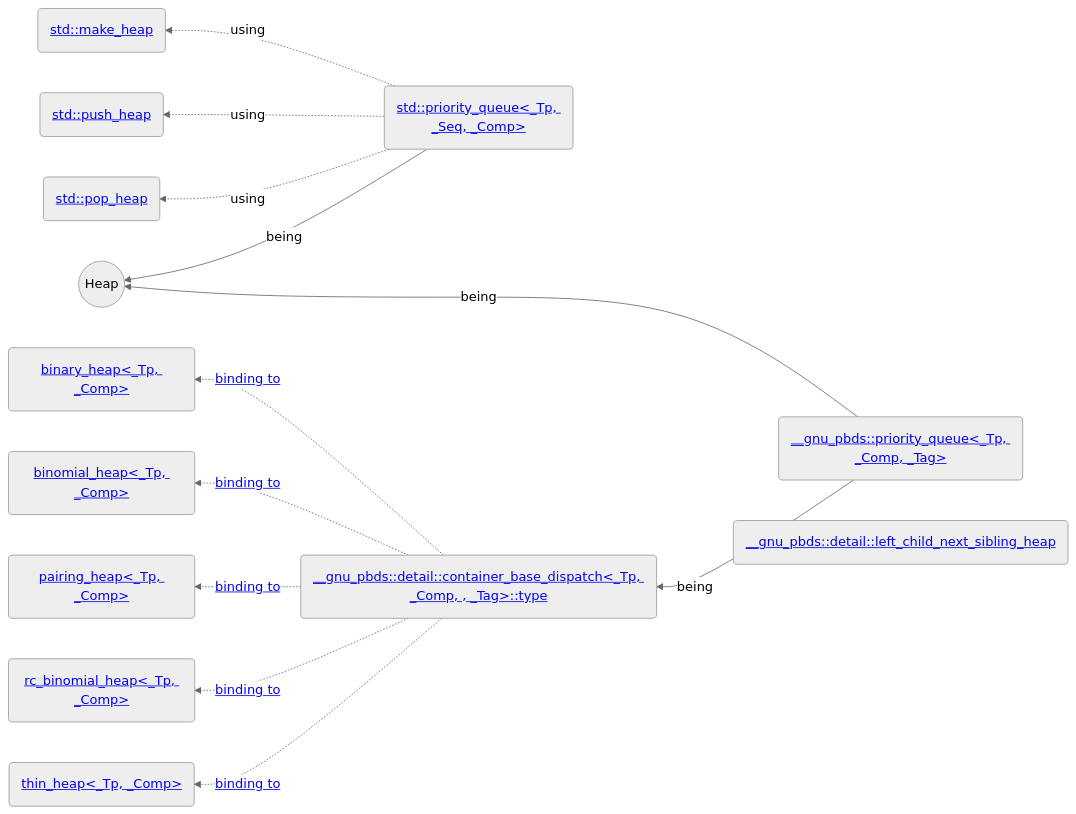
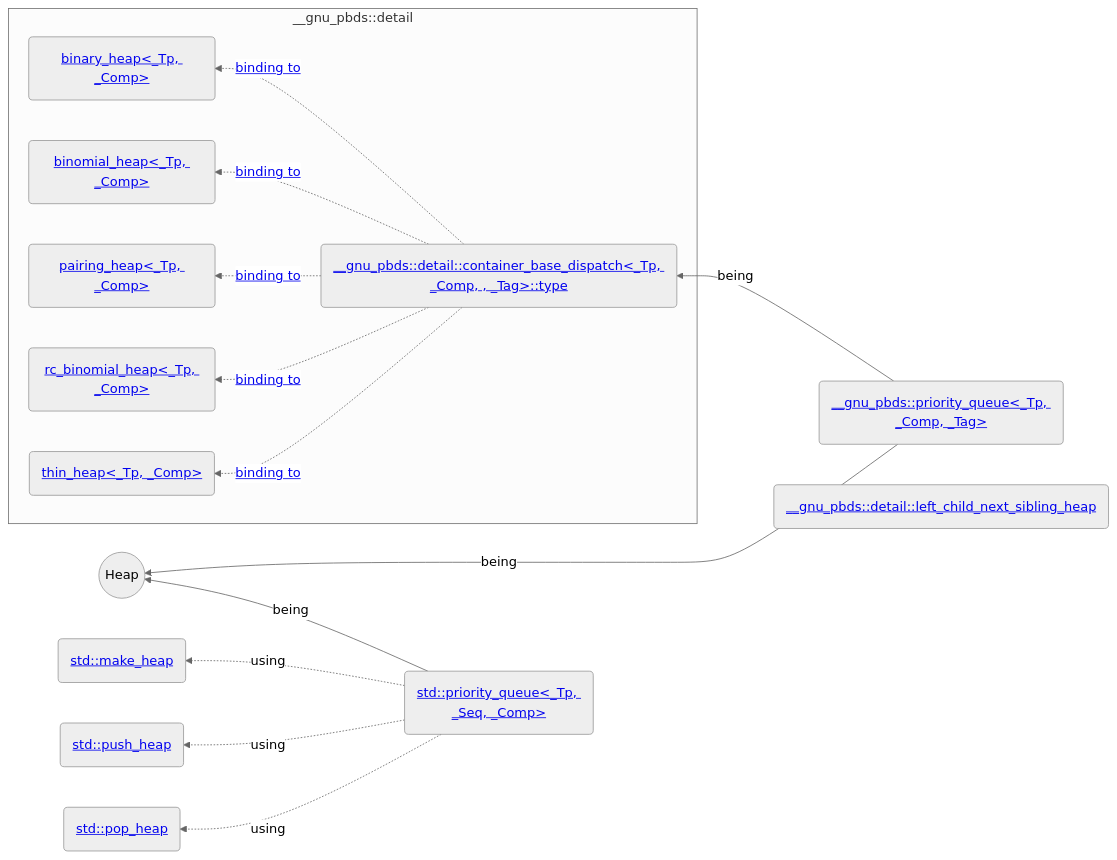
One commit to AsherJingkongChen/ds-assign4 changed the diagram in doc/priority_queue.md. Above: the diagram before and after it, drawn with Mermaid (neutral theme).

Commit message:
Asher Chen commited at 2022-12-28_17-20-33

````diff
--- a/doc/priority_queue.md
+++ b/doc/priority_queue.md
@@ -3,32 +3,34 @@
 ```mermaid
 graph RL;
 heap((Heap));
 spq(<a href=https://gcc.gnu.org/onlinedocs/gcc-12.2.0/libstdc++/api/a08762.html>std::priority_queue<_Tp, _Seq, _Comp></a>);
 make(<a href=https://gcc.gnu.org/onlinedocs/gcc-12.2.0/libstdc++/api/a01614.html#ga2a685c934e85086e5ac372026e8064f6>std::make_heap</a>);
 push(<a href=https://gcc.gnu.org/onlinedocs/gcc-12.2.0/libstdc++/api/a01614.html#gab628ce505c9574f8929a0fa49ed514b3>std::push_heap</a>);
 pop(<a href=https://gcc.gnu.org/onlinedocs/gcc-12.2.0/libstdc++/api/a01614.html#ga0a57ba46981d46e0f3ebd4703d0ad18b>std::pop_heap);
 
 binhp(<a href=https://gcc.gnu.org/onlinedocs/gcc-12.2.0/libstdc++/api/a13278.html>binary_heap<_Tp, _Comp></a>);
 bimhp(<a href=https://gcc.gnu.org/onlinedocs/gcc-12.2.0/libstdc++/api/a13326.html>binomial_heap<_Tp, _Comp></a>);
 pahp(<a href=https://gcc.gnu.org/onlinedocs/gcc-12.2.0/libstdc++/api/a13550.html>pairing_heap<_Tp, _Comp></a>);
 rbimhp(<a href=https://gcc.gnu.org/onlinedocs/gcc-12.2.0/libstdc++/api/a13654.html>rc_binomial_heap<_Tp, _Comp></a>);
 thinhp(<a href=https://gcc.gnu.org/onlinedocs/gcc-12.2.0/libstdc++/api/a13702.html>thin_heap<_Tp, _Comp></a>);
 
 gpq(<a href=https://gcc.gnu.org/onlinedocs/gcc-12.2.0/libstdc++/api/a12902.html>__gnu_pbds::priority_queue<_Tp, _Comp, _Tag></a>);
 gcbdtp(<a href=https://gcc.gnu.org/onlinedocs/gcc-12.2.0/libstdc++/api/a13070.html>__gnu_pbds::detail::container_base_dispatch<_Tp, _Comp, , _Tag>::type</a>);
 lcnsh(<a href=https://gcc.gnu.org/onlinedocs/gcc-12.2.0/libstdc++/api/a13482.html>__gnu_pbds::detail::left_child_next_sibling_heap</a>);
 
 spq .->|using| make;
 spq .->|using| push;
 spq .->|using| pop;
 spq -->|being| heap;
 
 gpq --->|being| heap;
 gpq -->|being| gcbdtp;
 
-gcbdtp .->|<a href=https://gcc.gnu.org/onlinedocs/gcc-12.2.0/libstdc++/api/a13162.html#adbbd8131d9a4cdc53e280a34f161dd3c>binding to</a>| binhp
-gcbdtp .->|<a href=https://gcc.gnu.org/onlinedocs/gcc-12.2.0/libstdc++/api/a13154.html#ab4cecfd9b1ed21229fe049cabebe321c>binding to</a>| bimhp
-gcbdtp .->|<a href=https://gcc.gnu.org/onlinedocs/gcc-12.2.0/libstdc++/api/a13150.html#adecf3a56bd35a5ca376d0492e7123a7b>binding to</a>| pahp
-gcbdtp .->|<a href=https://gcc.gnu.org/onlinedocs/gcc-12.2.0/libstdc++/api/a13158.html#a7d1df51ac2b0c2e893e450bf7fe9e379>binding to</a>| rbimhp
-gcbdtp .->|<a href=https://gcc.gnu.org/onlinedocs/gcc-12.2.0/libstdc++/api/a13166.html#a9810405868a4fa2e115def4f7da71b66>binding to</a>| thinhp
+subgraph __gnu_pbds::detail
+  gcbdtp .->|<a href=https://gcc.gnu.org/onlinedocs/gcc-12.2.0/libstdc++/api/a13162.html#adbbd8131d9a4cdc53e280a34f161dd3c>binding to</a>| binhp;
+  gcbdtp .->|<a href=https://gcc.gnu.org/onlinedocs/gcc-12.2.0/libstdc++/api/a13154.html#ab4cecfd9b1ed21229fe049cabebe321c>binding to</a>| bimhp;
+  gcbdtp .->|<a href=https://gcc.gnu.org/onlinedocs/gcc-12.2.0/libstdc++/api/a13150.html#adecf3a56bd35a5ca376d0492e7123a7b>binding to</a>| pahp;
+  gcbdtp .->|<a href=https://gcc.gnu.org/onlinedocs/gcc-12.2.0/libstdc++/api/a13158.html#a7d1df51ac2b0c2e893e450bf7fe9e379>binding to</a>| rbimhp;
+  gcbdtp .->|<a href=https://gcc.gnu.org/onlinedocs/gcc-12.2.0/libstdc++/api/a13166.html#a9810405868a4fa2e115def4f7da71b66>binding to</a>| thinhp;
+end
 ```
````
